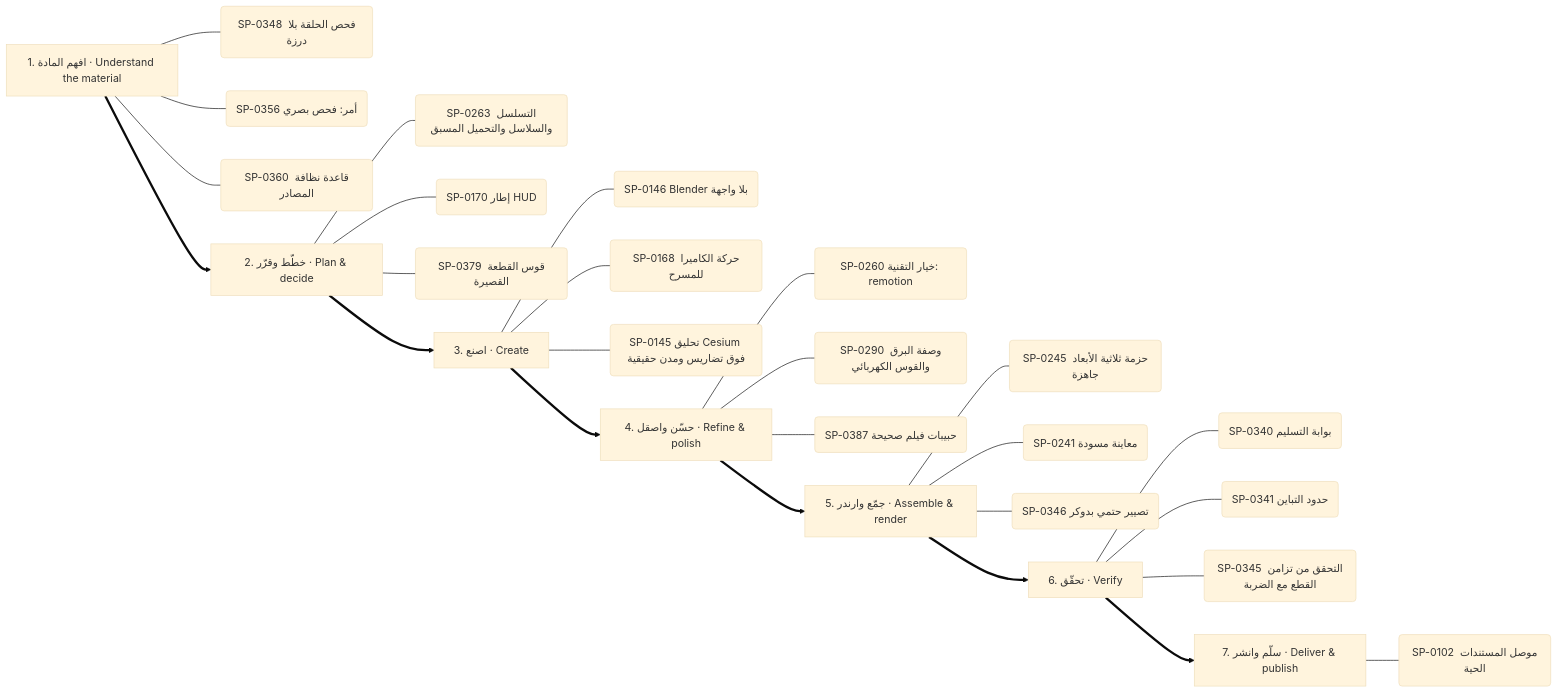
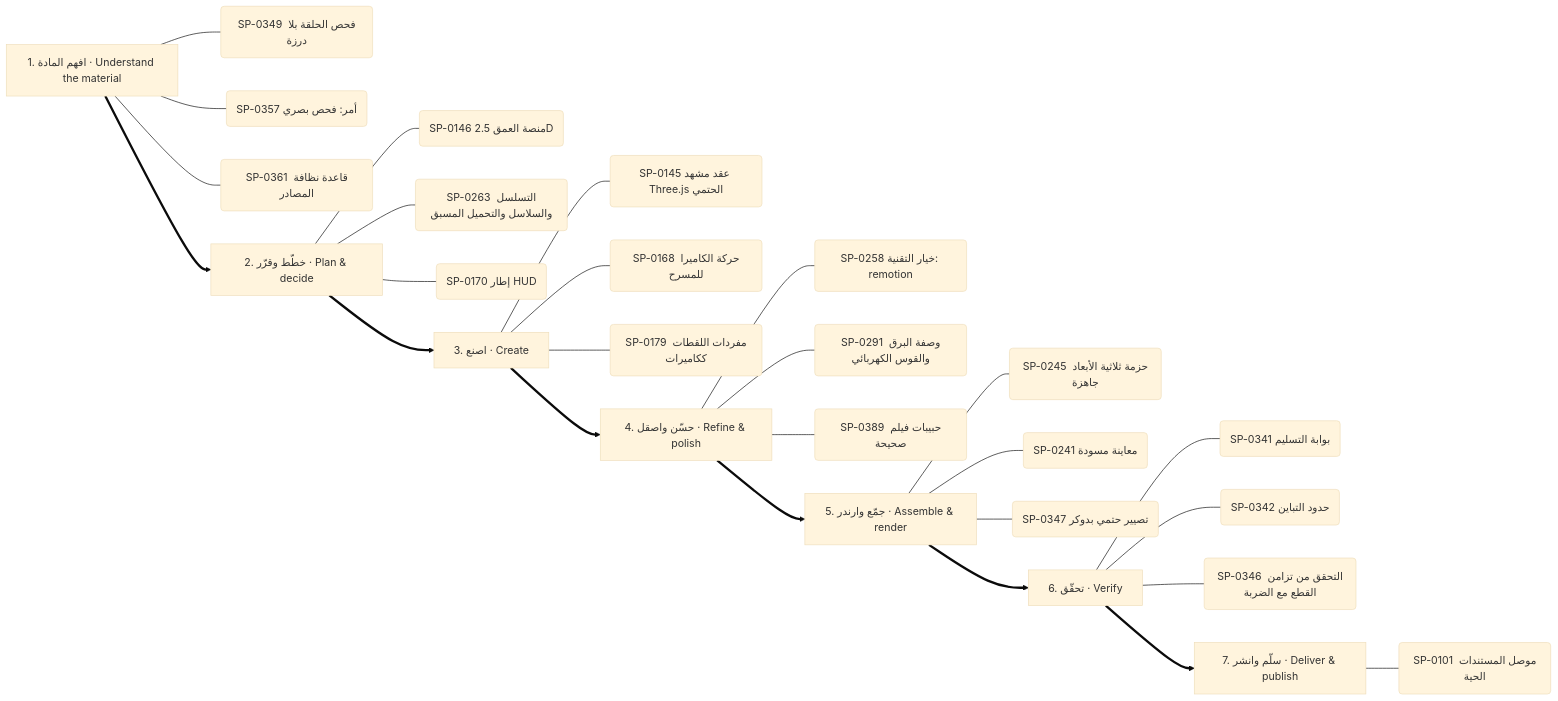
Before and after one commit to kosif199022-jpg/kosif-tool: the eighth of 13 diagrams in .claude/skills/kosif-superpowers/references/capability-mindmap.md, drawn with Mermaid (base theme). The commit also changed other lines of this file and 35 other files, not shown here.

````diff
--- a/.claude/skills/kosif-superpowers/references/capability-mindmap.md
+++ b/.claude/skills/kosif-superpowers/references/capability-mindmap.md
@@ -407,35 +406,35 @@
 ```mermaid
 flowchart LR
   S0["1. افهم المادة · Understand the material"]
-  S0 --- S0_0("SP-0348 فحص الحلقة بلا درزة")
-  S0 --- S0_1("SP-0356 أمر: فحص بصري")
-  S0 --- S0_2("SP-0360 قاعدة نظافة المصادر")
+  S0 --- S0_0("SP-0349 فحص الحلقة بلا درزة")
+  S0 --- S0_1("SP-0357 أمر: فحص بصري")
+  S0 --- S0_2("SP-0361 قاعدة نظافة المصادر")
   S1["2. خطّط وقرّر · Plan & decide"]
-  S1 --- S1_0("SP-0263 التسلسل والسلاسل والتحميل المسبق")
-  S1 --- S1_1("SP-0170 إطار HUD")
-  S1 --- S1_2("SP-0379 قوس القطعة القصيرة")
+  S1 --- S1_0("SP-0146 منصة العمق 2.5D")
+  S1 --- S1_1("SP-0263 التسلسل والسلاسل والتحميل المسبق")
+  S1 --- S1_2("SP-0170 إطار HUD")
   S0 ==> S1
   S2["3. اصنع · Create"]
-  S2 --- S2_0("SP-0146 Blender بلا واجهة")
+  S2 --- S2_0("SP-0145 عقد مشهد Three.js الحتمي")
   S2 --- S2_1("SP-0168 حركة الكاميرا للمسرح")
-  S2 --- S2_2("SP-0145 تحليق Cesium فوق تضاريس ومدن حقيقية")
+  S2 --- S2_2("SP-0179 مفردات اللقطات ككاميرات")
   S1 ==> S2
   S3["4. حسّن واصقل · Refine & polish"]
-  S3 --- S3_0("SP-0260 خيار التقنية: remotion")
-  S3 --- S3_1("SP-0290 وصفة البرق والقوس الكهربائي")
-  S3 --- S3_2("SP-0387 حبيبات فيلم صحيحة")
+  S3 --- S3_0("SP-0258 خيار التقنية: remotion")
+  S3 --- S3_1("SP-0291 وصفة البرق والقوس الكهربائي")
+  S3 --- S3_2("SP-0389 حبيبات فيلم صحيحة")
   S2 ==> S3
   S4["5. جمّع وارندر · Assemble & render"]
   S4 --- S4_0("SP-0245 حزمة ثلاثية الأبعاد جاهزة")
   S4 --- S4_1("SP-0241 معاينة مسودة")
-  S4 --- S4_2("SP-0346 تصيير حتمي بدوكر")
+  S4 --- S4_2("SP-0347 تصيير حتمي بدوكر")
   S3 ==> S4
   S5["6. تحقّق · Verify"]
-  S5 --- S5_0("SP-0340 بوابة التسليم")
-  S5 --- S5_1("SP-0341 حدود التباين")
-  S5 --- S5_2("SP-0345 التحقق من تزامن القطع مع الضربة")
+  S5 --- S5_0("SP-0341 بوابة التسليم")
+  S5 --- S5_1("SP-0342 حدود التباين")
+  S5 --- S5_2("SP-0346 التحقق من تزامن القطع مع الضربة")
   S4 ==> S5
   S6["7. سلّم وانشر · Deliver & publish"]
-  S6 --- S6_0("SP-0102 موصل المستندات الحية")
+  S6 --- S6_0("SP-0101 موصل المستندات الحية")
   S5 ==> S6
 ```
````
